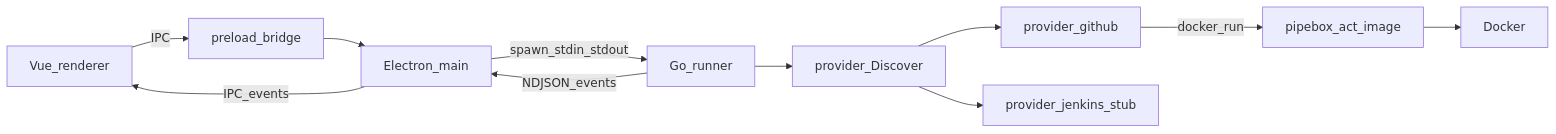
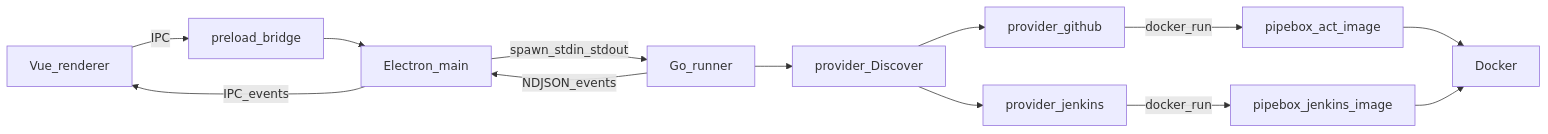
The diagram in AGENTS.md (MaxiGarcia13/pipebox), drawn with Mermaid before and after one commit. The commit also changed other lines of this file and 4 other files, not shown here.

Commit message:
feat: Enhance PipeBox to support Jenkins alongside GitHub Actions, updating documentation and architecture notes for multi-provider functionality

````diff
--- a/AGENTS.md
+++ b/AGENTS.md
@@ -9,13 +9,15 @@
 ```mermaid
 flowchart LR
   Vue[Vue_renderer] -->|IPC| Preload[preload_bridge]
   Preload --> Main[Electron_main]
   Main -->|spawn_stdin_stdout| Runner[Go_runner]
   Runner --> Discover[provider_Discover]
   Discover --> GH[provider_github]
-  Discover --> JK[provider_jenkins_stub]
+  Discover --> JK[provider_jenkins]
   GH -->|docker_run| ActImage[pipebox_act_image]
+  JK -->|docker_run| JfrImage[pipebox_jenkins_image]
   ActImage --> Docker[Docker]
+  JfrImage --> Docker
   Runner -->|NDJSON_events| Main
   Main -->|IPC_events| Vue
 ```
````
